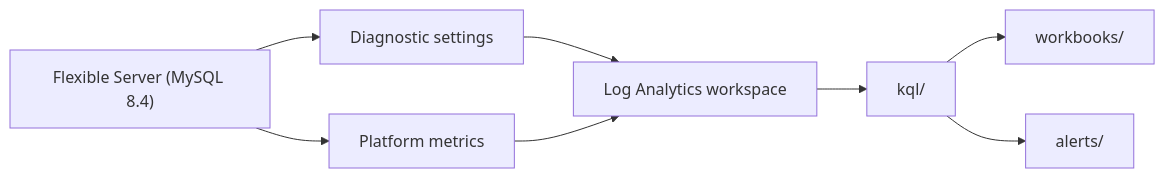
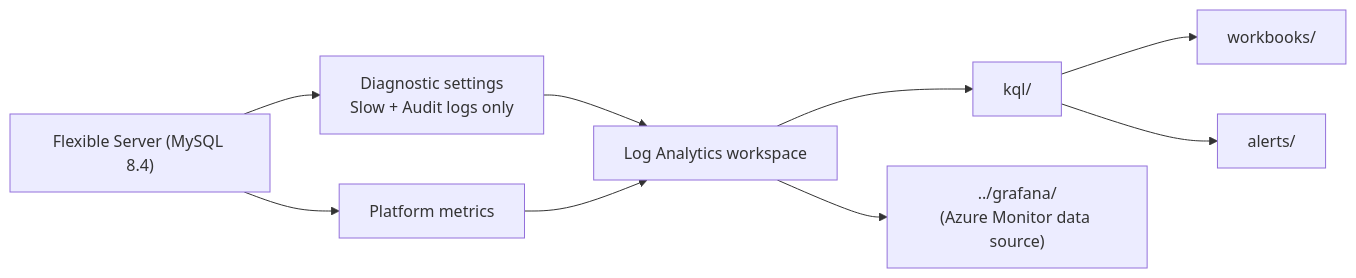
Before and after one commit to DalBamS/azure-mysql-monitoring: the diagram in azure-native/README.md, drawn with Mermaid. The commit also changed other lines of this file and 19 other files, not shown here.

First line of the commit message:
Add Azure Data Explorer as the unified telemetry store

````diff
--- a/azure-native/README.md
+++ b/azure-native/README.md
@@ -17,10 +17,11 @@
 ```mermaid
 flowchart LR
-    SRV["Flexible Server (MySQL 8.4)"] --> DS["Diagnostic settings"]
+    SRV["Flexible Server (MySQL 8.4)"] --> DS["Diagnostic settings<br/>Slow + Audit logs only"]
     SRV --> PM["Platform metrics"]
     DS --> LAW["Log Analytics workspace"]
     PM --> LAW
     LAW --> KQL["kql/"]
     KQL --> WB["workbooks/"]
     KQL --> AL["alerts/"]
+    LAW --> GRF["../grafana/<br/>(Azure Monitor data source)"]
 ```
````
